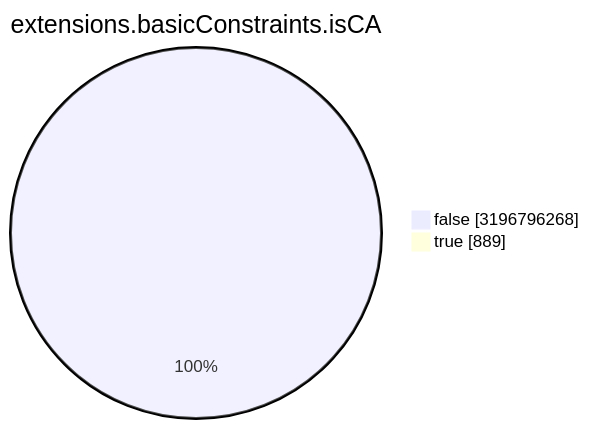
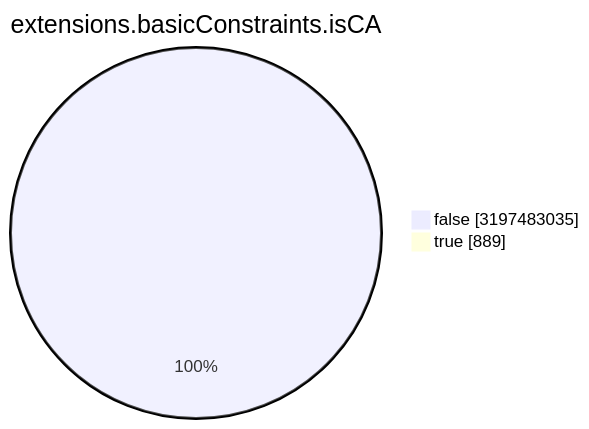
Before and after one commit to christiankrug/ctmonitor_visualization: the seventh of 15 diagrams in TOTAL/README.md, drawn with Mermaid. The commit also changed other lines of this file, not shown here.

````diff
--- a/TOTAL/README.md
+++ b/TOTAL/README.md
@@ -3088,6 +3088,6 @@
 ```mermaid
 pie showData
 title extensions.basicConstraints.isCA
-"false" :3196796268
+"false" :3197483035
 "true" :889
 ```
````
